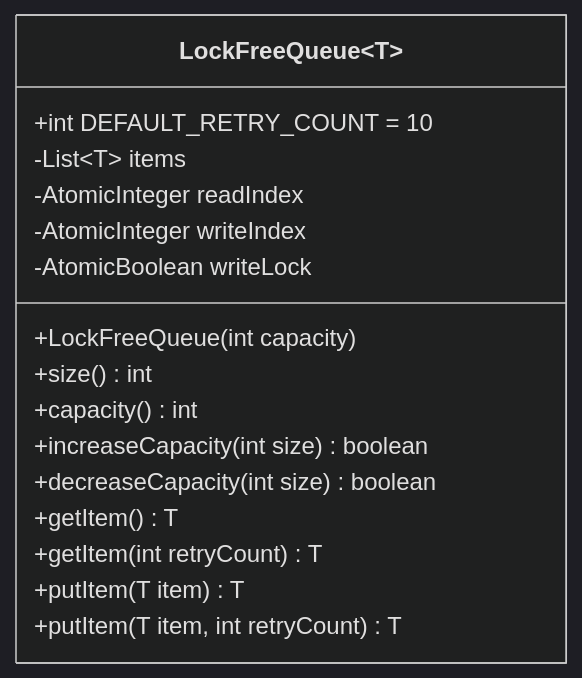
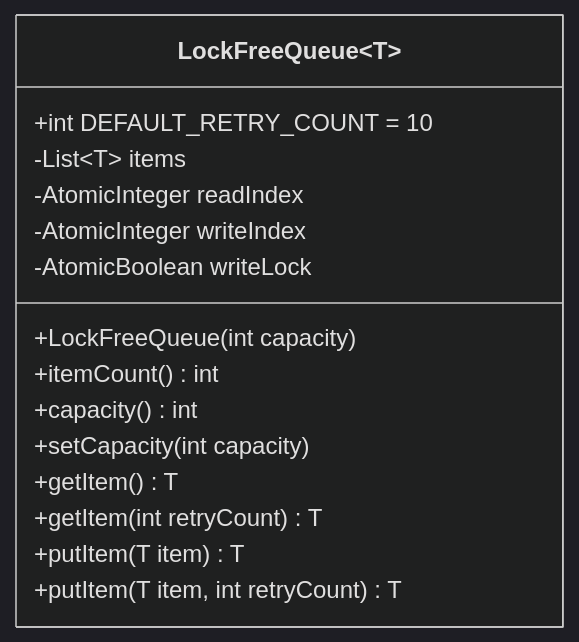
The diagram in design/r2/dd/Lock-free Queue.md (Inactionware/uapi.doc), drawn with Mermaid (dark theme) before and after one commit. The commit also changed 1 other file, not shown here.

Commit message:
Change design for lock free queue

````diff
--- a/design/r2/dd/Lock-free Queue.md
+++ b/design/r2/dd/Lock-free Queue.md
@@ -25,20 +25,19 @@
 ```mermaid
 classDiagram
 
 class LockFreeQueue~T~ {
 	+int DEFAULT_RETRY_COUNT = 10
 	-List~T~ items
 	-AtomicInteger readIndex
 	-AtomicInteger writeIndex
 	-AtomicBoolean writeLock
 	+LockFreeQueue(int capacity)
-	+size() int
+	+itemCount() int
 	+capacity() int
-	+increaseCapacity(int size) boolean
-	+decreaseCapacity(int size) boolean
+	+setCapacity(int capacity)
 	+getItem() T
 	+getItem(int retryCount) T
 	+putItem(T item) T
 	+putItem(T item, int retryCount) T
 }
 ```
````
